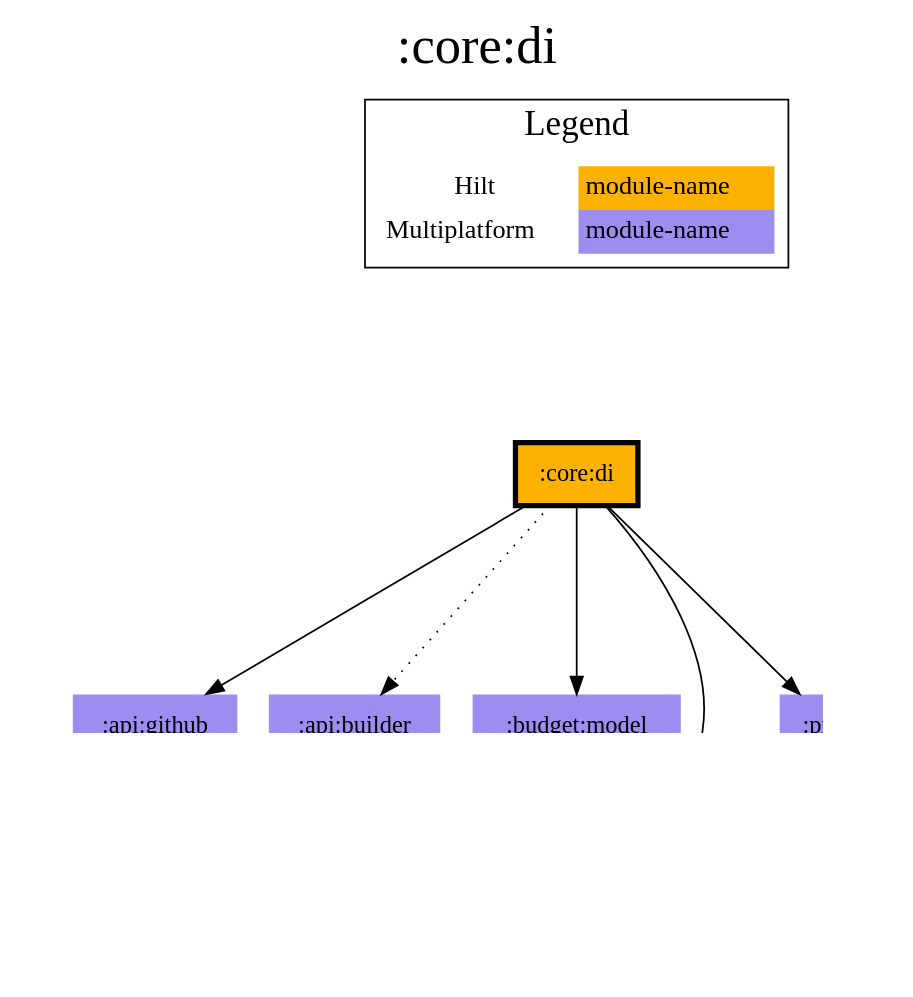
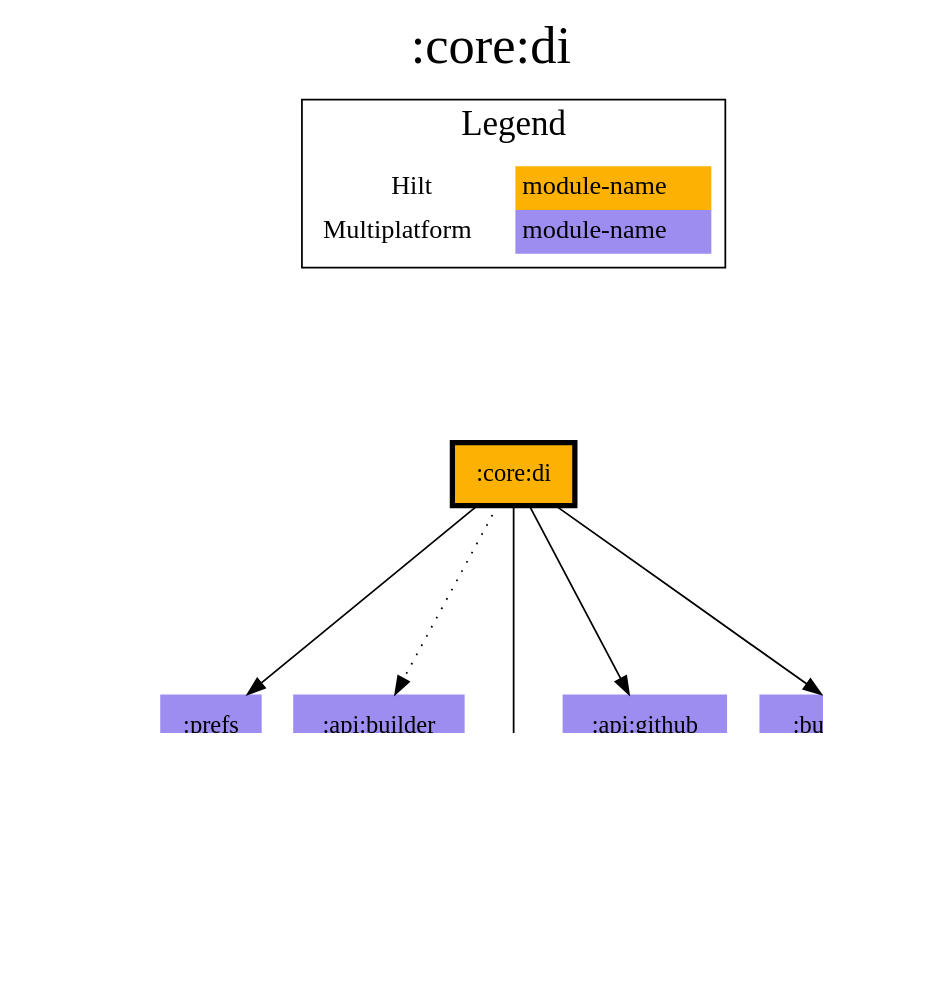
The diagram in modules/core/di/modules.dot (jonapoul/aktual), drawn with Graphviz before and after one commit. The commit also changed 102 other files, not shown here.

```diff
--- a/modules/core/di/modules.dot
+++ b/modules/core/di/modules.dot
@@ -1,38 +1,40 @@
 digraph {
 edge ["dir"="forward"]
 graph ["dpi"="100","label"=":core:di","labelloc"="t","fontsize"="30","ranksep"="1.5","rankdir"="TB"]
 node ["style"="filled"]
 ":account:model" ["fillcolor"="#9D8DF1","shape"="none"]
 ":api:builder" ["fillcolor"="#9D8DF1","shape"="none"]
 ":api:github" ["fillcolor"="#9D8DF1","shape"="none"]
 ":budget:model" ["fillcolor"="#9D8DF1","shape"="none"]
 ":codegen:annotation" ["fillcolor"="#9D8DF1","shape"="none"]
 ":core:di" ["fillcolor"="#FCB103","color"="black","penwidth"="3","shape"="box"]
 ":core:model" ["fillcolor"="#9D8DF1","shape"="none"]
+":logging" ["fillcolor"="#9D8DF1","shape"="none"]
 ":prefs" ["fillcolor"="#9D8DF1","shape"="none"]
 {
 edge ["dir"="none"]
 graph ["rank"="same"]
 ":core:di"
 }
 ":api:builder" -> ":core:model"
+":api:builder" -> ":logging" ["style"="dotted"]
 ":api:github" -> ":codegen:annotation" ["style"="dotted"]
 ":api:github" -> ":core:model"
 ":core:di" -> ":api:builder" ["style"="dotted"]
 ":core:di" -> ":api:github"
 ":core:di" -> ":budget:model"
 ":core:di" -> ":core:model"
 ":core:di" -> ":prefs"
 ":prefs" -> ":account:model"
 ":prefs" -> ":core:model"
 subgraph "cluster_legend" {
 edge ["dir"="none"]
 graph ["label"="Legend","fontsize"="20"]
 "Legend" ["style"="filled","fillcolor"="#FFFFFF","shape"="none","margin"="0","fontsize"="15","label"=<
 <TABLE BORDER="0" CELLBORDER="0" CELLSPACING="0" CELLPADDING="4">
 <TR><TD>Hilt</TD><TD BGCOLOR="#FCB103">module-name</TD></TR>
 <TR><TD>Multiplatform</TD><TD BGCOLOR="#9D8DF1">module-name</TD></TR>
 </TABLE>
 >]
 } -> ":core:di" ["style"="invis"]
 }
```
